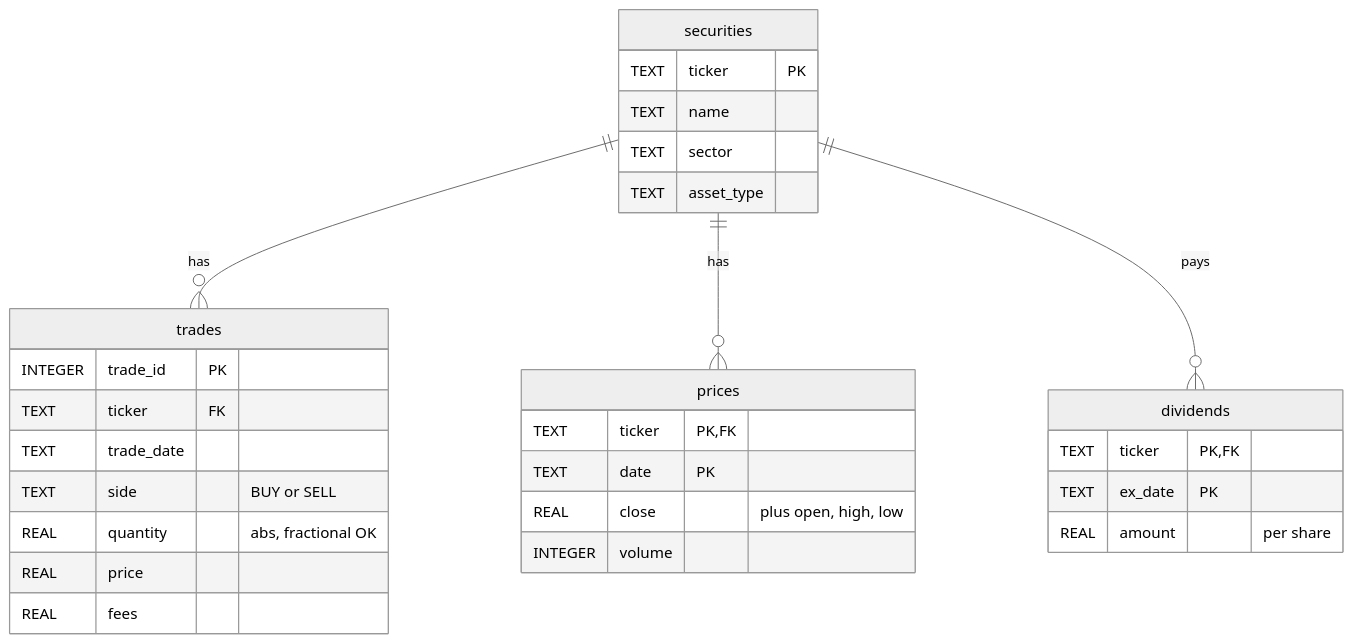
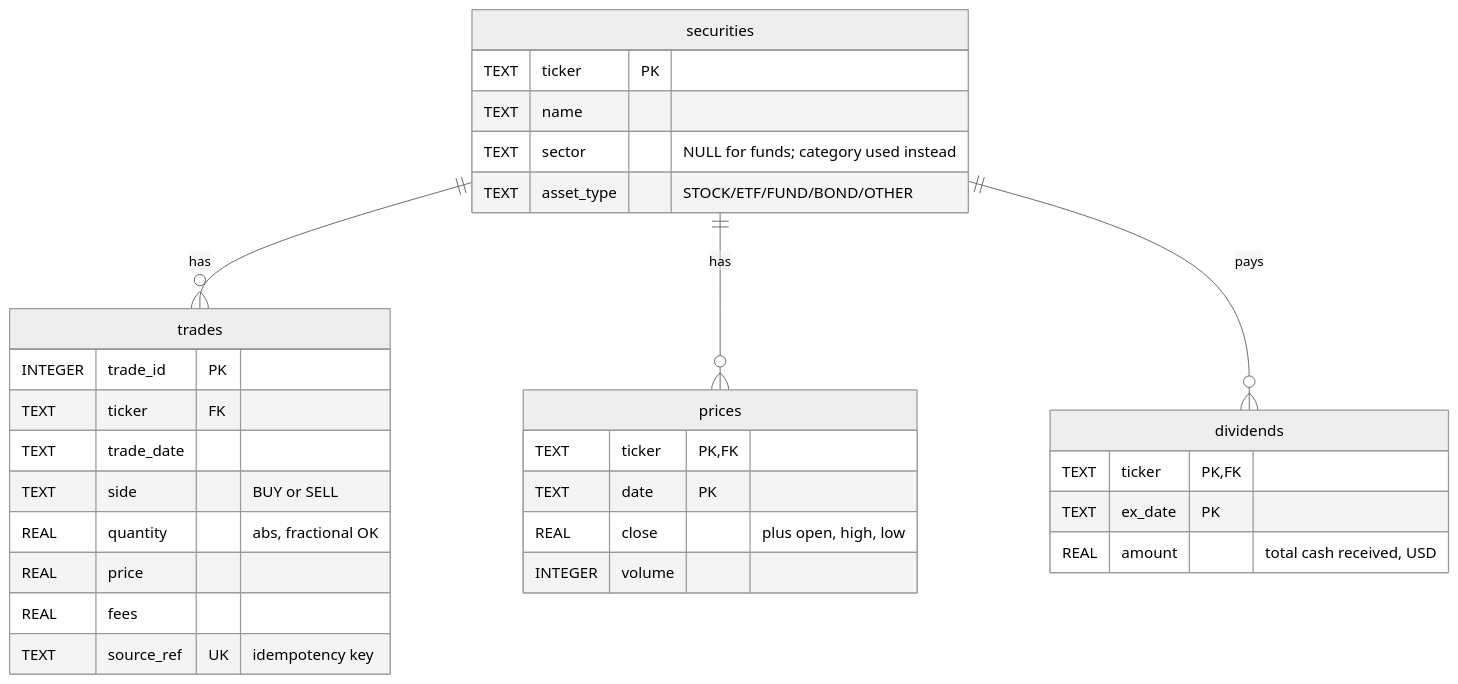
Before and after one commit to theoneste2028/quant-summer-2026: the diagram in projects/05-portfolio-database/sql/er_diagram.mermaid, drawn with Mermaid (neutral theme). The commit also changed 10 other files, not shown here.

```diff
--- a/projects/05-portfolio-database/sql/er_diagram.mermaid
+++ b/projects/05-portfolio-database/sql/er_diagram.mermaid
@@ -1,30 +1,31 @@
 erDiagram
     securities ||--o{ trades : "has"
     securities ||--o{ prices : "has"
     securities ||--o{ dividends : "pays"
     securities {
         TEXT ticker PK
         TEXT name
-        TEXT sector
-        TEXT asset_type
+        TEXT sector "NULL for funds; category used instead"
+        TEXT asset_type "STOCK/ETF/FUND/BOND/OTHER"
     }
     trades {
         INTEGER trade_id PK
         TEXT ticker FK
         TEXT trade_date
         TEXT side "BUY or SELL"
         REAL quantity "abs, fractional OK"
         REAL price
         REAL fees
+        TEXT source_ref UK "idempotency key"
     }
     prices {
         TEXT ticker PK, FK
         TEXT date PK
         REAL close "plus open, high, low"
         INTEGER volume
     }
     dividends {
         TEXT ticker PK, FK
         TEXT ex_date PK
-        REAL amount "per share"
+        REAL amount "total cash received, USD"
     }
```
